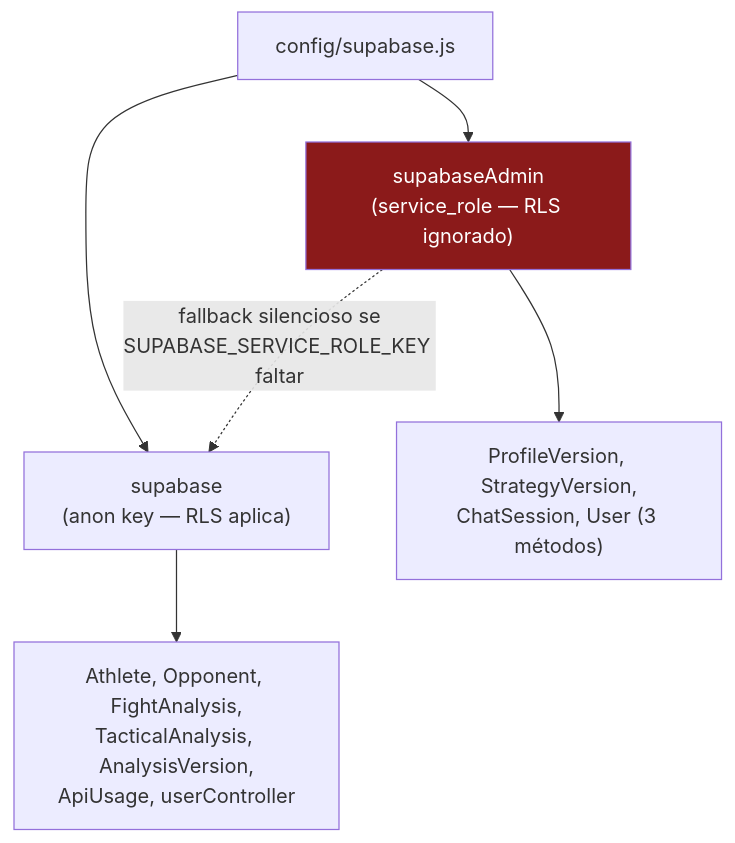
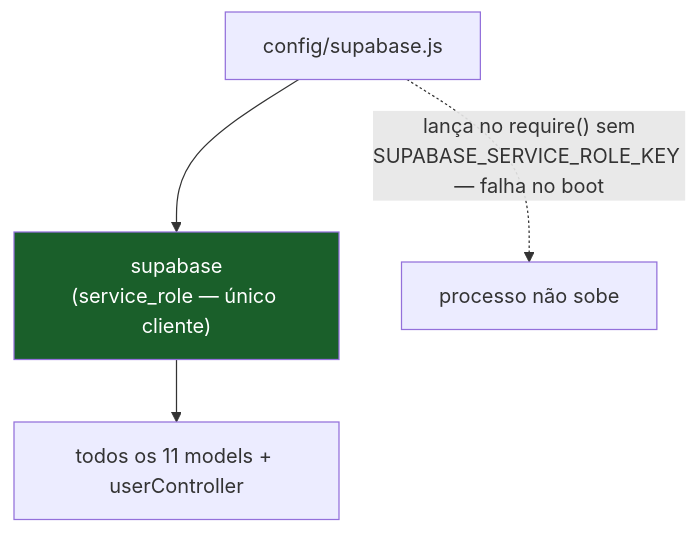
Before and after one commit to lucasxtech/JiuMetrics: the fourth of 7 diagrams in docs/ARCHITECTURE.md, drawn with Mermaid. The commit also changed other lines of this file and 31 other files, not shown here.

````diff
--- a/docs/ARCHITECTURE.md
+++ b/docs/ARCHITECTURE.md
@@ -185,10 +185,8 @@
 ```mermaid
 flowchart TD
-    CFG["config/supabase.js"] --> AN["supabase<br/>(anon key — RLS aplica)"]
-    CFG --> AD["supabaseAdmin<br/>(service_role — RLS ignorado)"]
-    AN --> M1["Athlete, Opponent, FightAnalysis,<br/>TacticalAnalysis, AnalysisVersion,<br/>ApiUsage, userController"]
-    AD --> M2["ProfileVersion, StrategyVersion,<br/>ChatSession, User (3 métodos)"]
-    AD -.->|"fallback silencioso se<br/>SUPABASE_SERVICE_ROLE_KEY faltar"| AN
+    CFG["config/supabase.js"] --> C["supabase<br/>(service_role — único cliente)"]
+    C --> M["todos os 11 models + userController"]
+    CFG -.->|"lança no require() sem<br/>SUPABASE_SERVICE_ROLE_KEY — falha no boot"| X["processo não sobe"]
 
-    style AD fill:#8b1a1a,color:#fff
+    style C fill:#1a5f2a,color:#fff
 ```
````
